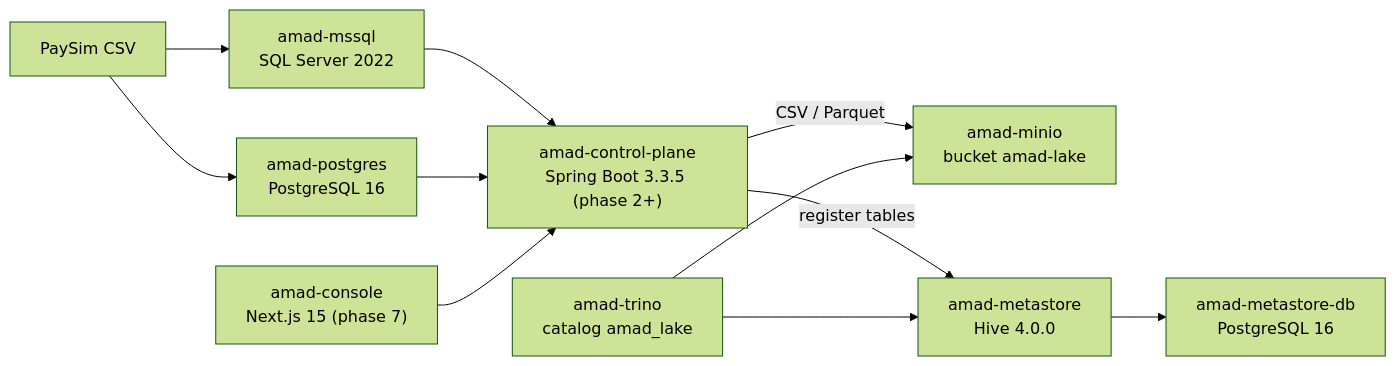
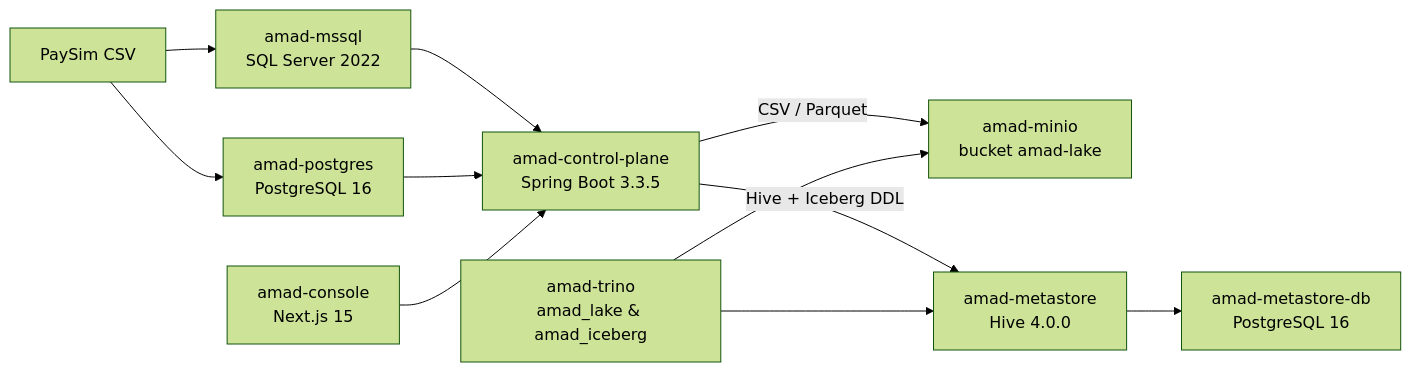
The diagram in docs/architecture.md (aamadd/FinLakeAmad), drawn with Mermaid (forest theme) before and after one commit. The commit also changed other lines of this file and 22 other files, not shown here.

Commit message:
feat(p7): add Apache Iceberg catalog, incremental watermark, /iceberg UI, benchmarks and quality/troubleshooting docs

````diff
--- a/docs/architecture.md
+++ b/docs/architecture.md
@@ -3,13 +3,13 @@
 ```mermaid
 flowchart LR
     CSV["PaySim CSV"] --> MSSQL["amad-mssql<br/>SQL Server 2022"]
     CSV --> PG["amad-postgres<br/>PostgreSQL 16"]
-    MSSQL --> CP["amad-control-plane<br/>Spring Boot 3.3.5 (phase 2+)"]
+    MSSQL --> CP["amad-control-plane<br/>Spring Boot 3.3.5"]
     PG --> CP
     CP -->|"CSV / Parquet"| MINIO["amad-minio<br/>bucket amad-lake"]
-    CP -->|"register tables"| HMS["amad-metastore<br/>Hive 4.0.0"]
+    CP -->|"Hive + Iceberg DDL"| HMS["amad-metastore<br/>Hive 4.0.0"]
     HMS --> HMSDB["amad-metastore-db<br/>PostgreSQL 16"]
-    TRINO["amad-trino<br/>catalog amad_lake"] --> HMS
+    TRINO["amad-trino<br/>amad_lake & amad_iceberg"] --> HMS
     TRINO --> MINIO
-    UI["amad-console<br/>Next.js 15 (phase 7)"] --> CP
+    UI["amad-console<br/>Next.js 15"] --> CP
 ```
````
